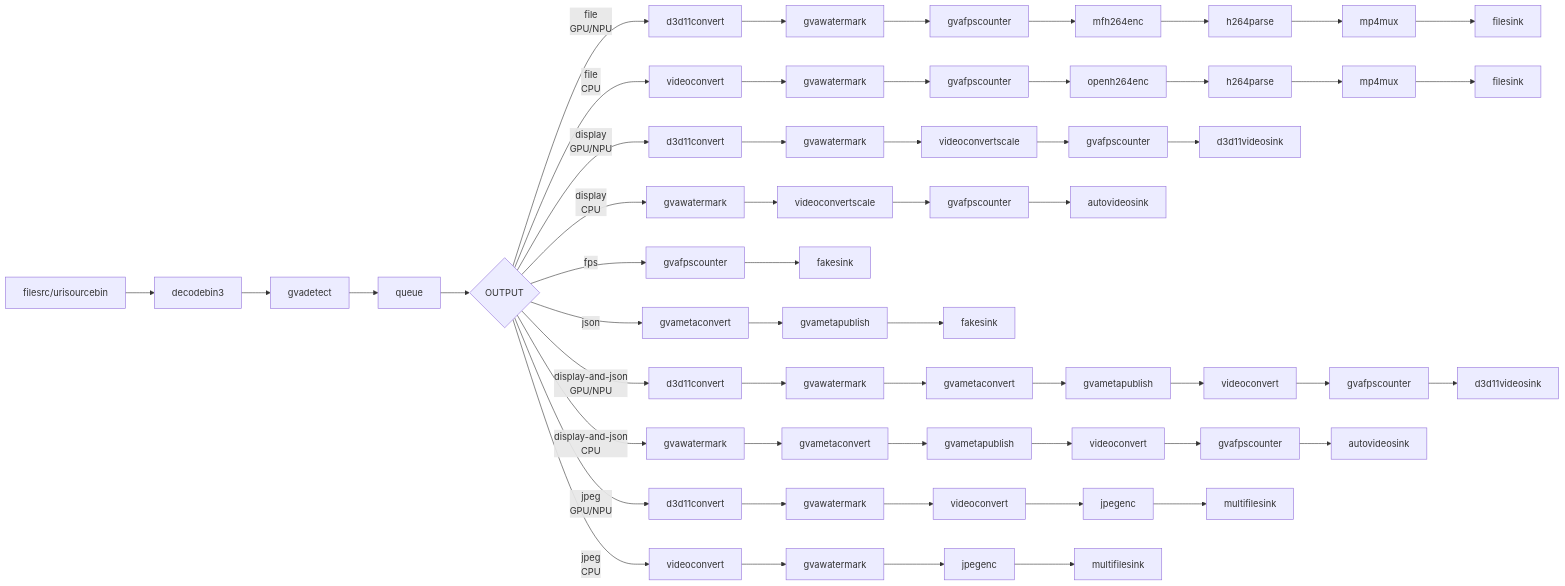
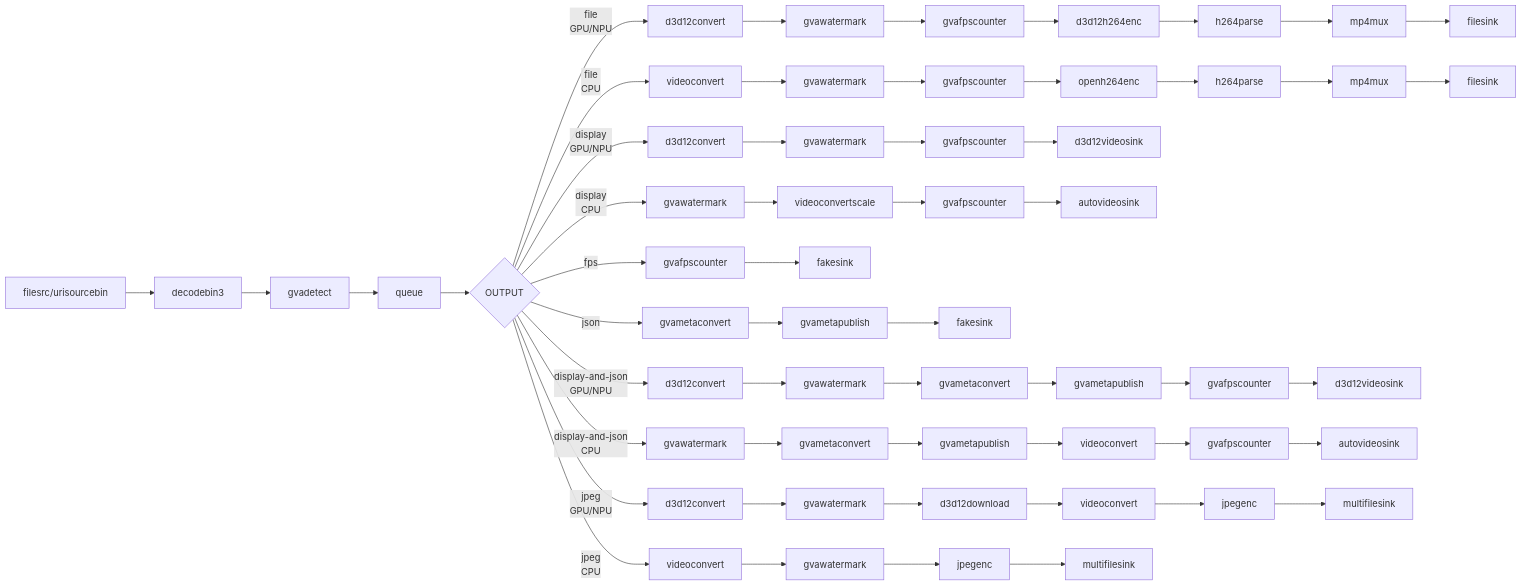
Before and after one commit to open-edge-platform/dlstreamer: the diagram in samples/windows/gstreamer/gst_launch/instance_segmentation/README.md, drawn with Mermaid. The commit also changed other lines of this file and 15 other files, not shown here.

````diff
--- a/samples/windows/gstreamer/gst_launch/instance_segmentation/README.md
+++ b/samples/windows/gstreamer/gst_launch/instance_segmentation/README.md
@@ -105,67 +105,66 @@
 ```mermaid
 graph LR
     A[filesrc/urisourcebin] --> B[decodebin3]
     B --> C[gvadetect]
     C --> D[queue]
     D --> E{OUTPUT}
     
-    E -->|file<br/>GPU/NPU| F1[d3d11convert]
+    E -->|file<br/>GPU/NPU| F1[d3d12convert]
     F1 --> F2[gvawatermark]
     F2 --> F3[gvafpscounter]
-    F3 --> F4[mfh264enc]
+    F3 --> F4[d3d12h264enc]
     F4 --> F5[h264parse]
     F5 --> F6[mp4mux]
     F6 --> F7[filesink]
     
     E -->|file<br/>CPU| F1C[videoconvert]
     F1C --> F2C[gvawatermark]
     F2C --> F3C[gvafpscounter]
     F3C --> F4C[openh264enc]
     F4C --> F5C[h264parse]
     F5C --> F6C[mp4mux]
     F6C --> F7C[filesink]
     
-    E -->|display<br/>GPU/NPU| G1[d3d11convert]
+    E -->|display<br/>GPU/NPU| G1[d3d12convert]
     G1 --> G2[gvawatermark]
-    G2 --> G3[videoconvertscale]
-    G3 --> G4[gvafpscounter]
-    G4 --> G5[d3d11videosink]
+    G2 --> G4[gvafpscounter]
+    G4 --> G5[d3d12videosink]
     
     E -->|display<br/>CPU| G1C[gvawatermark]
     G1C --> G2C[videoconvertscale]
     G2C --> G3C[gvafpscounter]
     G3C --> G4C[autovideosink]
     
     E -->|fps| H1[gvafpscounter]
     H1 --> H2[fakesink]
     
     E -->|json| I1[gvametaconvert]
     I1 --> I2[gvametapublish]
     I2 --> I3[fakesink]
     
-    E -->|display-and-json<br/>GPU/NPU| J1[d3d11convert]
+    E -->|display-and-json<br/>GPU/NPU| J1[d3d12convert]
     J1 --> J2[gvawatermark]
     J2 --> J3[gvametaconvert]
     J3 --> J4[gvametapublish]
-    J4 --> J5[videoconvert]
-    J5 --> J6[gvafpscounter]
-    J6 --> J7[d3d11videosink]
+    J4 --> J6[gvafpscounter]
+    J6 --> J7[d3d12videosink]
     
     E -->|display-and-json<br/>CPU| J1C[gvawatermark]
     J1C --> J2C[gvametaconvert]
     J2C --> J3C[gvametapublish]
     J3C --> J4C[videoconvert]
     J4C --> J5C[gvafpscounter]
     J5C --> J6C[autovideosink]
     
-    E -->|jpeg<br/>GPU/NPU| K1[d3d11convert]
+    E -->|jpeg<br/>GPU/NPU| K1[d3d12convert]
     K1 --> K2[gvawatermark]
-    K2 --> K3[videoconvert]
-    K3 --> K4[jpegenc]
-    K4 --> K5[multifilesink]
+    K2 --> K3[d3d12download]
+    K3 --> K4[videoconvert]
+    K4 --> K5[jpegenc]
+    K5 --> K6[multifilesink]
     
     E -->|jpeg<br/>CPU| K1C[videoconvert]
     K1C --> K2C[gvawatermark]
     K2C --> K3C[jpegenc]
     K3C --> K4C[multifilesink]
 ```
````
